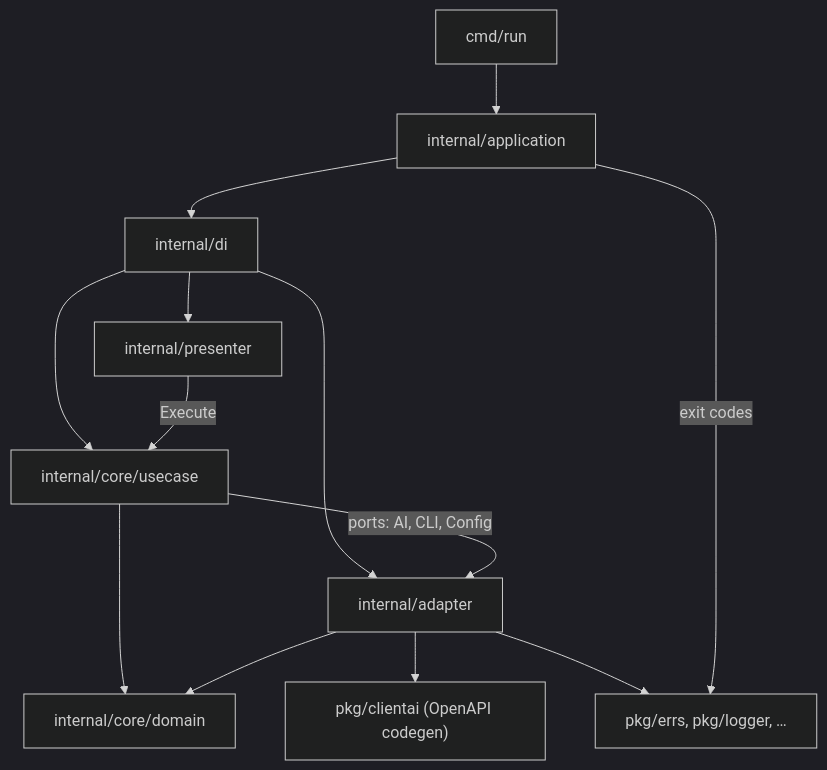
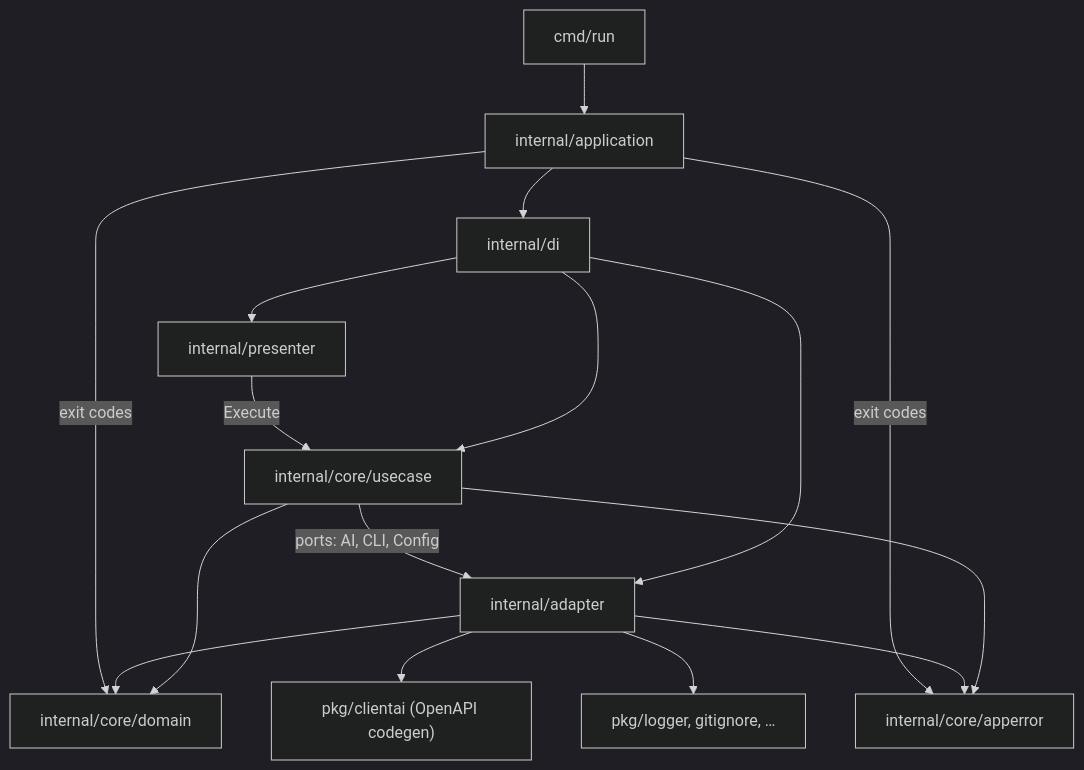
One commit to POSIdev-community/aictl changed the first of 2 diagrams in AGENTS.md. Above: the diagram before and after it, drawn with Mermaid (dark theme). The commit also changed other lines of this file and 1 other file, not shown here.

````diff
--- a/AGENTS.md
+++ b/AGENTS.md
@@ -7,16 +9,19 @@
 ```mermaid
 flowchart TB
     cmd["cmd/run"] --> app["internal/application"]
     app --> di["internal/di"]
     di --> presenter["internal/presenter"]
     di --> core["internal/core/usecase"]
     di --> adapter["internal/adapter"]
 
     presenter -->|Execute| core
     core -->|ports: AI, CLI, Config| adapter
     core --> domain["internal/core/domain"]
+    core --> apperror["internal/core/apperror"]
     adapter --> domain
+    adapter --> apperror
     adapter --> pkgClientai["pkg/clientai (OpenAPI codegen)"]
-    adapter --> pkgLib["pkg/errs, pkg/logger, …"]
-    app -->|exit codes| pkgLib
+    adapter --> pkgLib["pkg/logger, gitignore, …"]
+    app -->|exit codes| apperror
+    app -->|exit codes| domain
 ```
````
